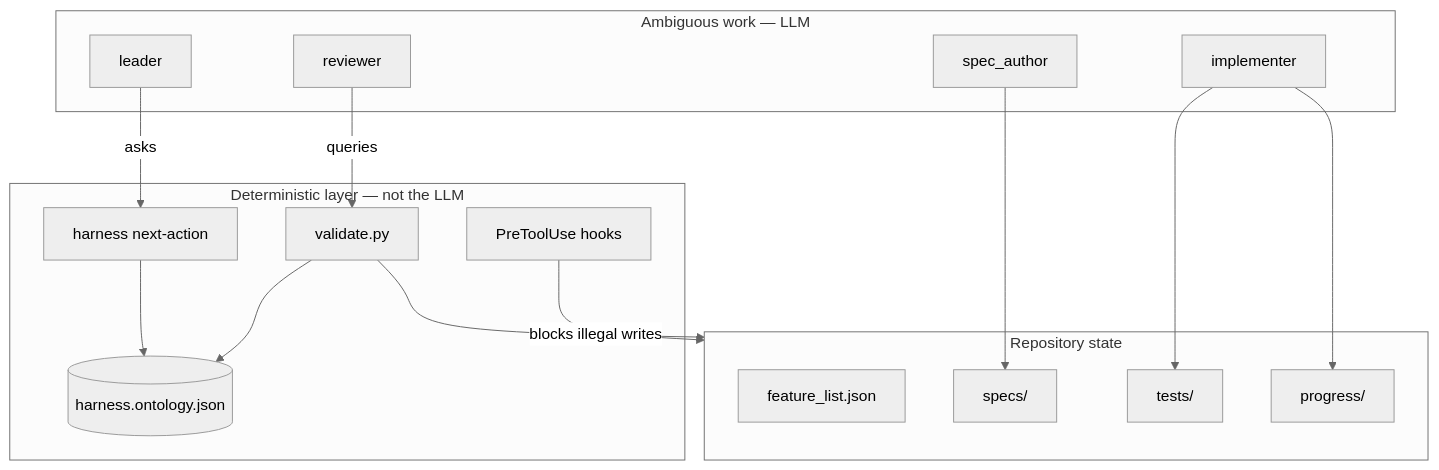
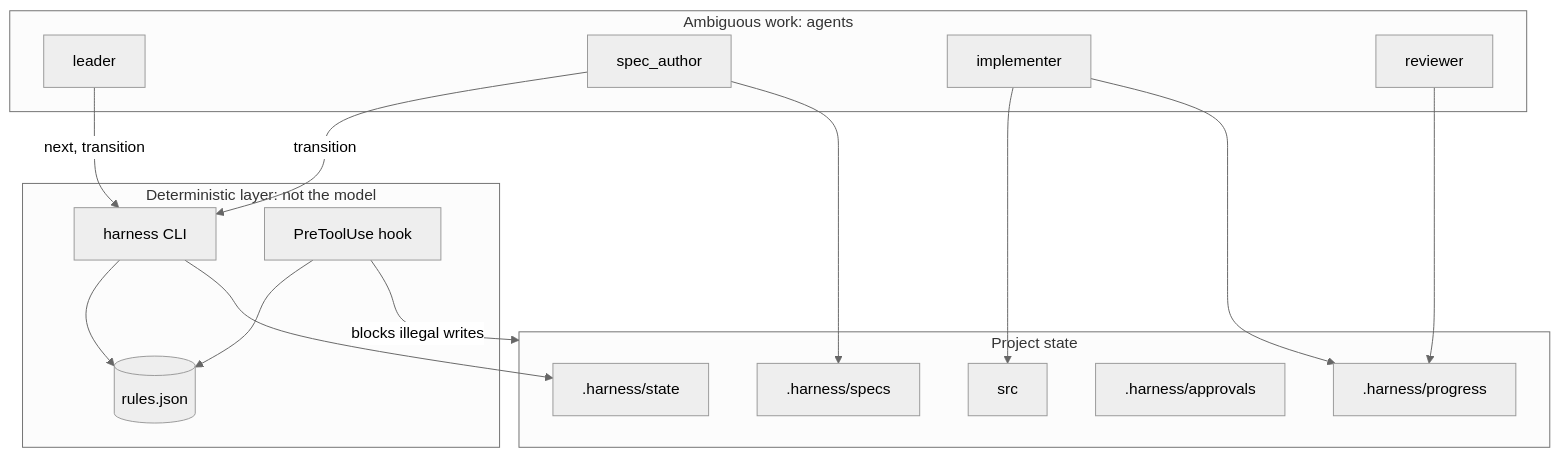
One commit to amandujano/harness-scafold changed the first of 2 diagrams in .harness/docs/ontology_overview.md. Above: the diagram before and after it, drawn with Mermaid (neutral theme). The commit also changed other lines of this file and 52 other files, not shown here.

First line of the commit message:
feat: add harness CLI with stack scaffolding and rule enforcement

````diff
--- a/.harness/docs/ontology_overview.md
+++ b/.harness/docs/ontology_overview.md
@@ -180,33 +25,34 @@
 ```mermaid
 flowchart TB
-    subgraph Ambiguous["Ambiguous work — LLM"]
+    subgraph Ambiguous["Ambiguous work: agents"]
         L[leader]
         SA[spec_author]
         I[implementer]
         R[reviewer]
     end
 
-    subgraph Det["Deterministic layer — not the LLM"]
-        ONT[(harness.ontology.json)]
-        VAL[validate.py]
-        CLI[harness next-action]
-        HOOK[PreToolUse hooks]
+    subgraph Det["Deterministic layer: not the model"]
+        RULES[(rules.json)]
+        CLI[harness CLI]
+        HOOK[PreToolUse hook]
     end
 
-    subgraph State["Repository state"]
-        FL[feature_list.json]
-        SP[specs/]
-        TS[tests/]
-        PR[progress/]
+    subgraph State["Project state"]
+        ST[.harness/state]
+        SP[.harness/specs]
+        PR[.harness/progress]
+        AP[.harness/approvals]
+        APP[src]
     end
 
-    L -->|asks| CLI
-    R -->|queries| VAL
-    CLI --> ONT
-    VAL --> ONT
-    VAL --> State
+    L -->|next, transition| CLI
+    SA -->|transition| CLI
+    CLI --> RULES
+    HOOK --> RULES
+    CLI --> ST
     HOOK -->|blocks illegal writes| State
     SA --> SP
-    I --> TS
+    I --> APP
     I --> PR
+    R --> PR
 ```
````
